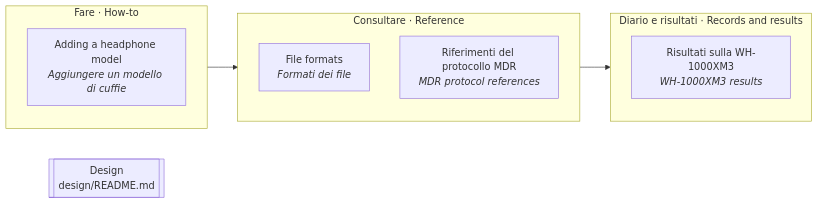
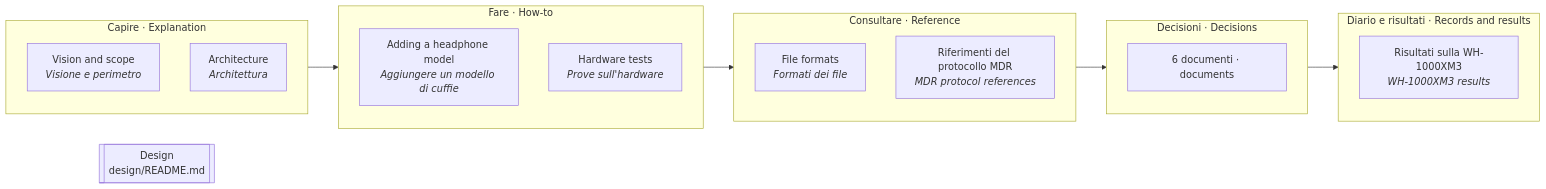
The diagram in docs/README.md (dooperdrew/knurl-probe), drawn with Mermaid before and after one commit. The commit also changed other lines of this file and 11 other files, not shown here.

First line of the commit message:
docs: vision, architecture, six decisions, hardware tests

````diff
--- a/docs/README.md
+++ b/docs/README.md
@@ -9,16 +9,26 @@
 ```mermaid
 flowchart LR
   design[["Design<br/>design/README.md"]]
+  subgraph explanation["Capire · Explanation"]
+    d0["Vision and scope<br/><i>Visione e perimetro</i>"]
+    d1["Architecture<br/><i>Architettura</i>"]
+  end
   subgraph how_to["Fare · How-to"]
-    d0["Adding a headphone model<br/><i>Aggiungere un modello di cuffie</i>"]
+    d2["Adding a headphone model<br/><i>Aggiungere un modello di cuffie</i>"]
+    d3["Hardware tests<br/><i>Prove sull'hardware</i>"]
   end
   subgraph reference["Consultare · Reference"]
-    d1["File formats<br/><i>Formati dei file</i>"]
-    d2["Riferimenti del protocollo MDR<br/><i>MDR protocol references</i>"]
+    d4["File formats<br/><i>Formati dei file</i>"]
+    d5["Riferimenti del protocollo MDR<br/><i>MDR protocol references</i>"]
+  end
+  subgraph decision["Decisioni · Decisions"]
+    d6["6 documenti · documents"]
   end
   subgraph record["Diario e risultati · Records and results"]
-    d3["Risultati sulla WH-1000XM3<br/><i>WH-1000XM3 results</i>"]
+    d7["Risultati sulla WH-1000XM3<br/><i>WH-1000XM3 results</i>"]
   end
+  explanation --> how_to
   how_to --> reference
-  reference --> record
+  reference --> decision
+  decision --> record
 ```
````
